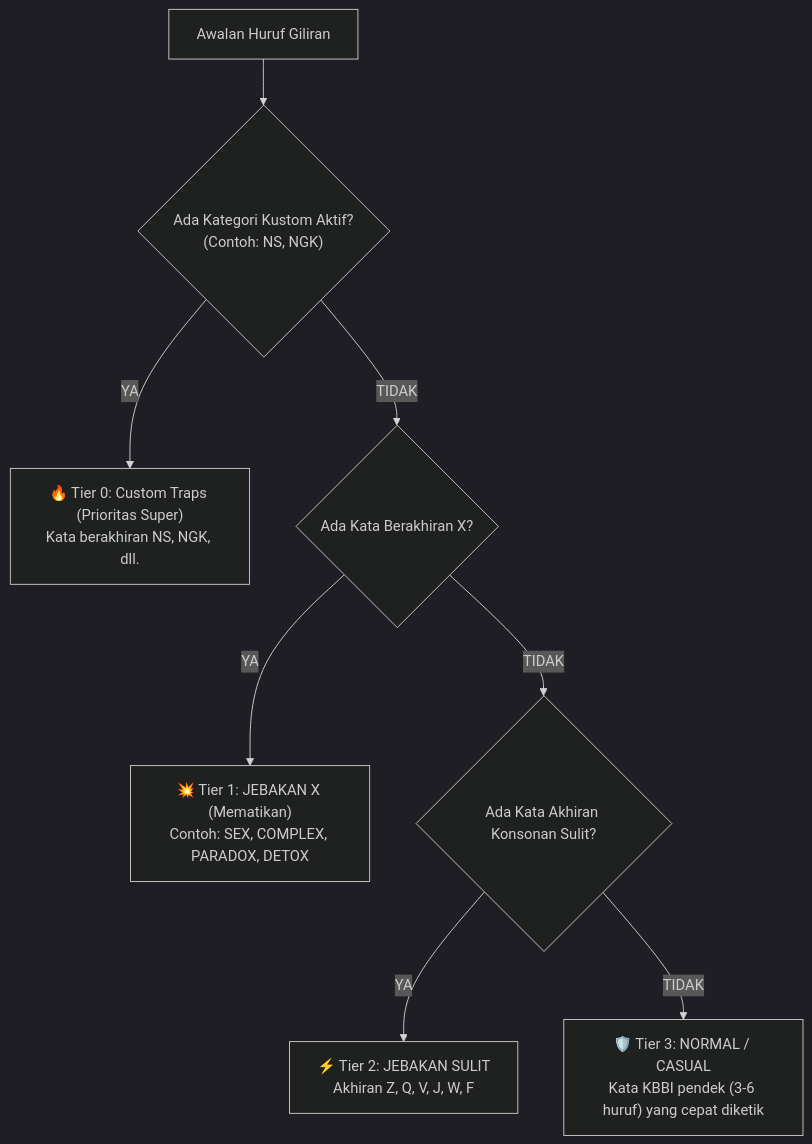
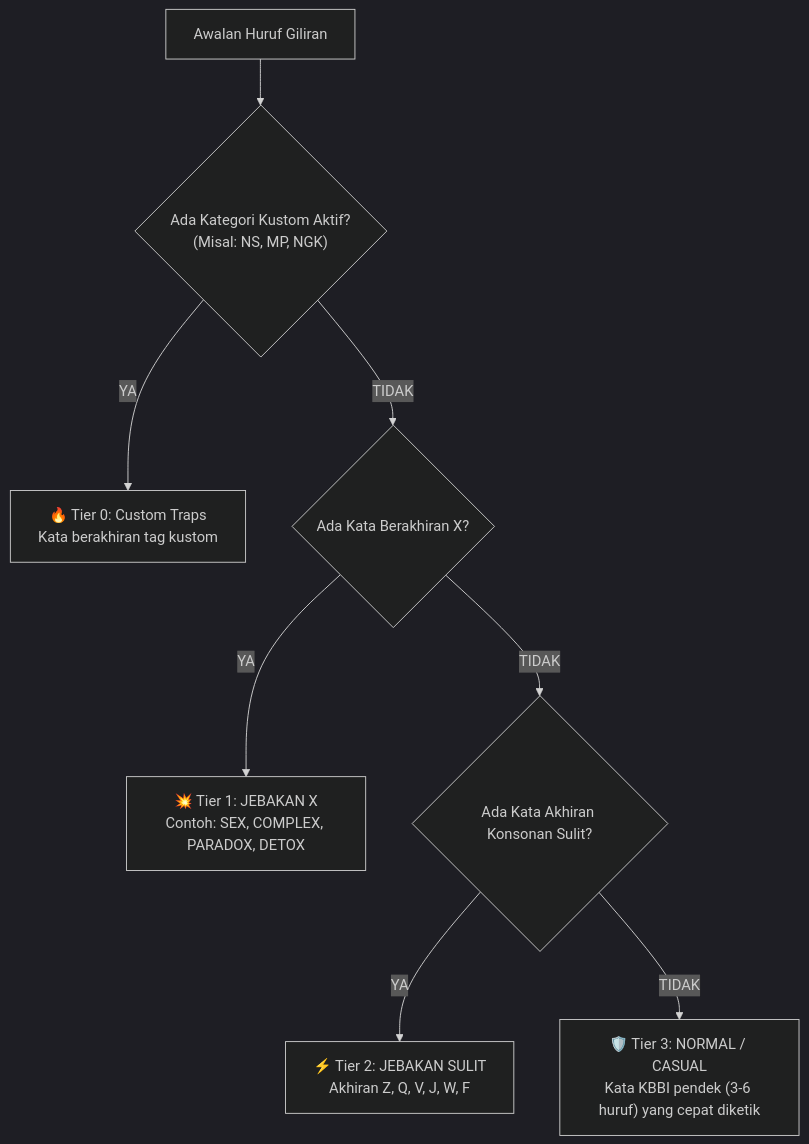
One commit to anv-group/saka-overlay changed the diagram in README.md. Above: the diagram before and after it, drawn with Mermaid (dark theme). The commit also changed other lines of this file and 14 other files, not shown here.

````diff
--- a/README.md
+++ b/README.md
@@ -128,10 +225,10 @@
 ```mermaid
 flowchart TD
-    Awalan["Awalan Huruf Giliran"] --> Tier0{"Ada Kategori Kustom Aktif?<br/>(Contoh: NS, NGK)"}
-    Tier0 -- "YA" --> CustomTrap["🔥 Tier 0: Custom Traps (Prioritas Super)<br/>Kata berakhiran NS, NGK, dll."]
+    Awalan["Awalan Huruf Giliran"] --> Tier0{"Ada Kategori Kustom Aktif?<br/>(Misal: NS, MP, NGK)"}
+    Tier0 -- "YA" --> CustomTrap["🔥 Tier 0: Custom Traps<br/>Kata berakhiran tag kustom"]
     Tier0 -- "TIDAK" --> Tier1{"Ada Kata Berakhiran X?"}
-    Tier1 -- "YA" --> TrapX["💥 Tier 1: JEBAKAN X (Mematikan)<br/>Contoh: SEX, COMPLEX, PARADOX, DETOX"]
+    Tier1 -- "YA" --> TrapX["💥 Tier 1: JEBAKAN X<br/>Contoh: SEX, COMPLEX, PARADOX, DETOX"]
     Tier1 -- "TIDAK" --> Tier2{"Ada Kata Akhiran Konsonan Sulit?"}
     Tier2 -- "YA" --> TrapHard["⚡ Tier 2: JEBAKAN SULIT<br/>Akhiran Z, Q, V, J, W, F"]
     Tier2 -- "TIDAK" --> Tier3["🛡️ Tier 3: NORMAL / CASUAL<br/>Kata KBBI pendek (3-6 huruf) yang cepat diketik"]
 ```
````
